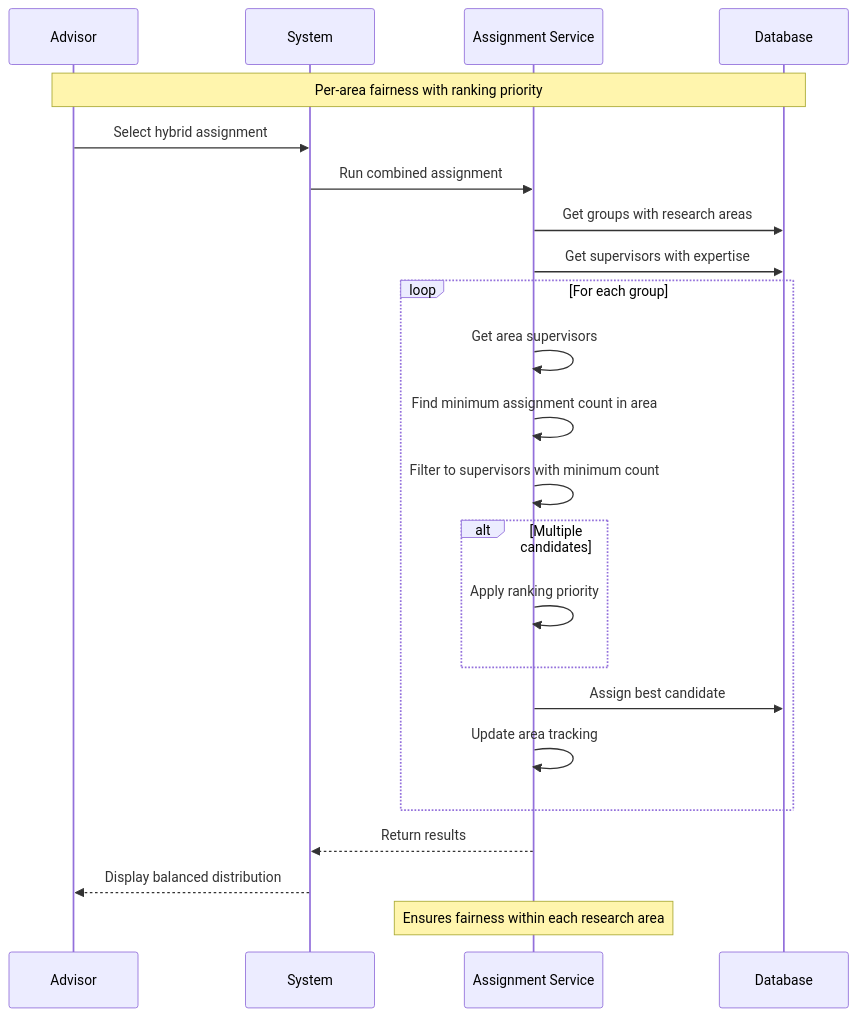
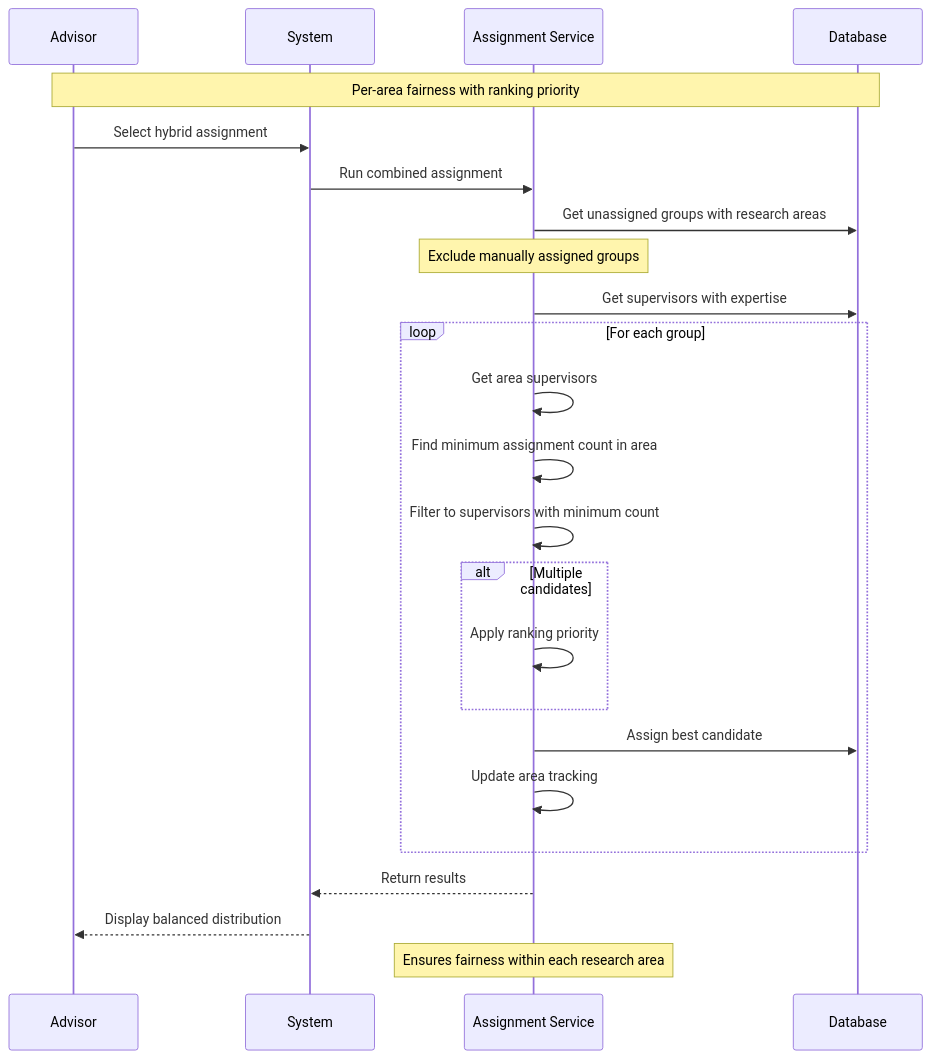
One commit to abdullah2323442/thesisrepo-backup changed diagram 22 of 35 in sequence-academic.md. Above: the diagram before and after it, drawn with Mermaid. The commit also changed other lines of this file, not shown here.

Commit message:
update sequence academic md

````diff
--- a/sequence-academic.md
+++ b/sequence-academic.md
@@ -651,33 +689,34 @@
 ```mermaid
 sequenceDiagram
     participant Advisor
     participant System
     participant Assignment Service
     participant Database
 
     Note over Advisor,Database: Per-area fairness with ranking priority
     
     Advisor->>System: Select hybrid assignment
     System->>Assignment Service: Run combined assignment
     
-    Assignment Service->>Database: Get groups with research areas
+    Assignment Service->>Database: Get unassigned groups with research areas
+    Note over Assignment Service: Exclude manually assigned groups
     Assignment Service->>Database: Get supervisors with expertise
     
     loop For each group
         Assignment Service->>Assignment Service: Get area supervisors
         Assignment Service->>Assignment Service: Find minimum assignment count in area
         Assignment Service->>Assignment Service: Filter to supervisors with minimum count
         
         alt Multiple candidates
             Assignment Service->>Assignment Service: Apply ranking priority
         end
         
         Assignment Service->>Database: Assign best candidate
         Assignment Service->>Assignment Service: Update area tracking
     end
     
     Assignment Service-->>System: Return results
     System-->>Advisor: Display balanced distribution
     
     Note over Assignment Service: Ensures fairness within each research area
 ```
````
